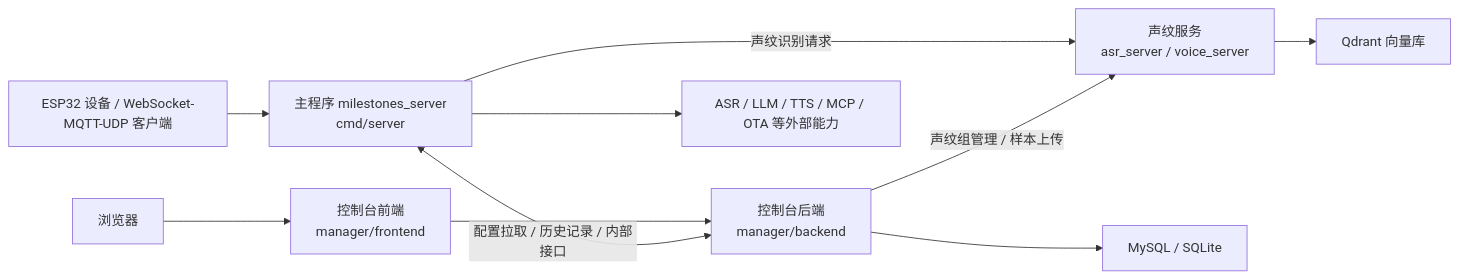
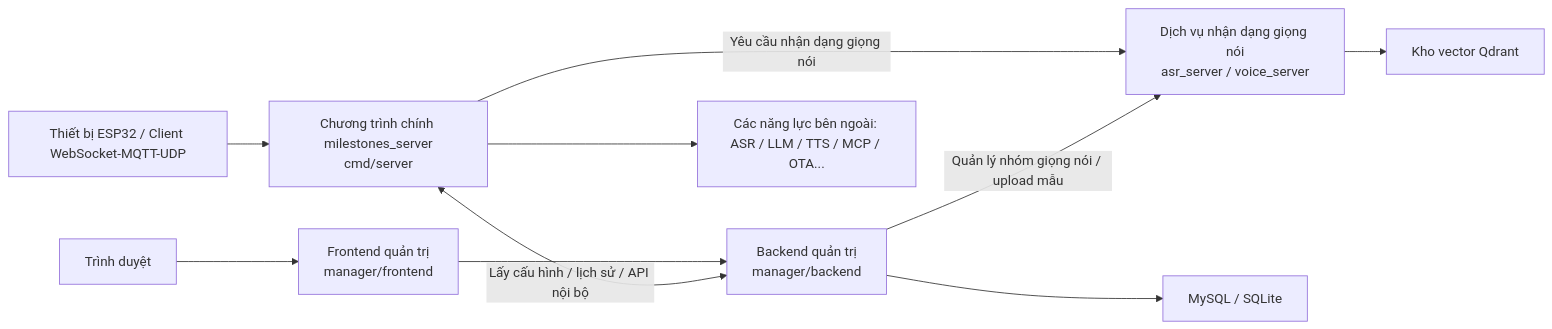
One commit to QuocTho228/milestones-esp32-server-golang changed the diagram in doc/compile_deploy.md. Above: the diagram before and after it, drawn with Mermaid. The commit also changed other lines of this file and 50 other files, not shown here.

````diff
--- a/doc/compile_deploy.md
+++ b/doc/compile_deploy.md
@@ -28,12 +28,12 @@
 ```mermaid
 flowchart LR
-    Device["ESP32 设备 / WebSocket-MQTT-UDP 客户端"] --> Main["主程序 milestones_server<br/>cmd/server"]
-    Browser["浏览器"] --> Frontend["控制台前端<br/>manager/frontend"]
-    Frontend --> Backend["控制台后端<br/>manager/backend"]
-    Main <-->|配置拉取 / 历史记录 / 内部接口| Backend
-    Main -->|声纹识别请求| Voice["声纹服务<br/>asr_server / voice_server"]
-    Backend -->|声纹组管理 / 样本上传| Voice
+    Device["Thiết bị ESP32 / Client WebSocket-MQTT-UDP"] --> Main["Chương trình chính milestones_server<br/>cmd/server"]
+    Browser["Trình duyệt"] --> Frontend["Frontend quản trị<br/>manager/frontend"]
+    Frontend --> Backend["Backend quản trị<br/>manager/backend"]
+    Main <-->|Lấy cấu hình / lịch sử / API nội bộ| Backend
+    Main -->|Yêu cầu nhận dạng giọng nói| Voice["Dịch vụ nhận dạng giọng nói<br/>asr_server / voice_server"]
+    Backend -->|Quản lý nhóm giọng nói / upload mẫu| Voice
     Backend --> DB["MySQL / SQLite"]
-    Voice --> Qdrant["Qdrant 向量库"]
-    Main --> AI["ASR / LLM / TTS / MCP / OTA 等外部能力"]
+    Voice --> Qdrant["Kho vector Qdrant"]
+    Main --> AI["Các năng lực bên ngoài: ASR / LLM / TTS / MCP / OTA..."]
 ```
````
